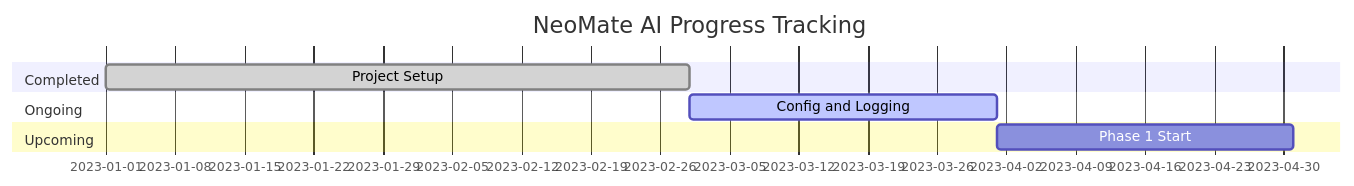
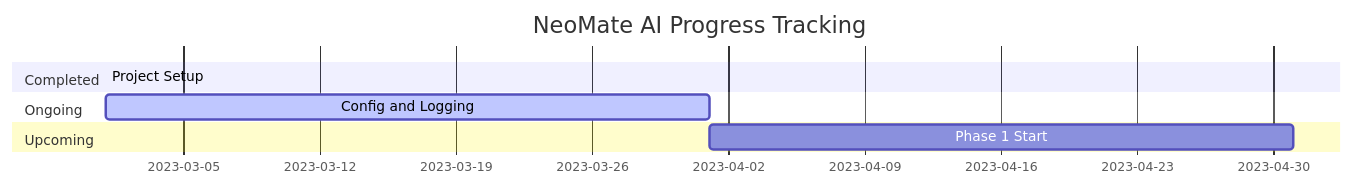
One commit to emonhmamun/NeoMate-Ai-Assistant changed the sixth of 10 diagrams in ROADMAP.md. Above: the diagram before and after it, drawn with Mermaid. The commit also changed 41 other files, not shown here.

````diff
--- a/ROADMAP.md
+++ b/ROADMAP.md
@@ -136,11 +136,11 @@
 ```mermaid
 gantt
     title NeoMate AI Progress Tracking
     dateFormat YYYY-MM-DD
     section Completed
-    Project Setup     :done, 2023-01-01, 2023-03-01
+    Project Setup     :done, 2025-010-020, 2023-03-01
     section Ongoing
     Config and Logging   :active, 2023-03-01, 2023-04-01
     section Upcoming
     Phase 1 Start       : 2023-04-01, 2023-05-01
 ```
````
